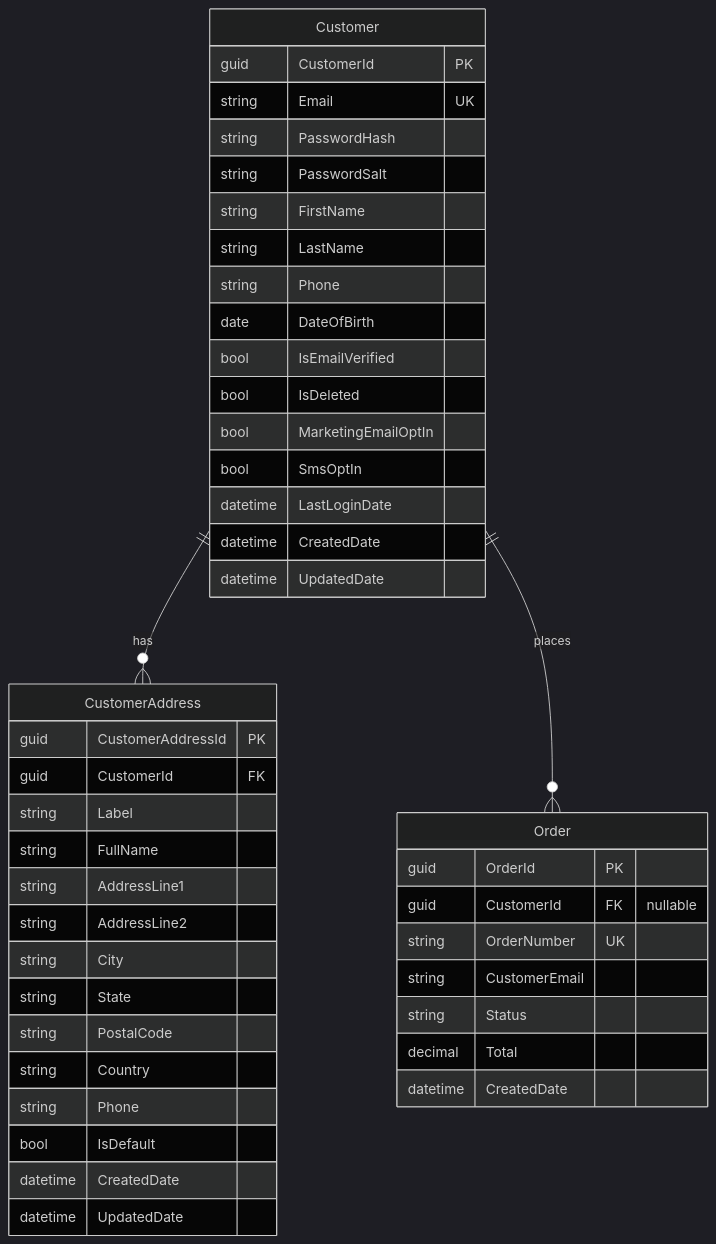
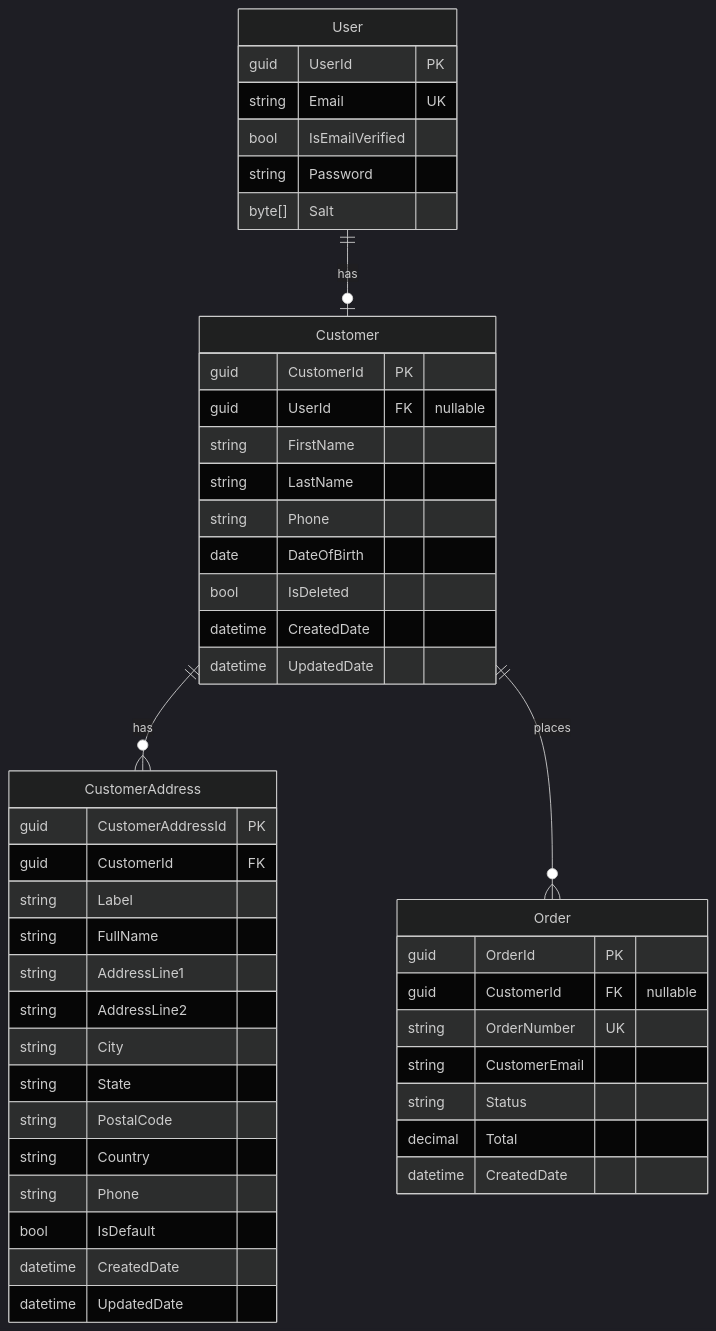
Before and after one commit to QuinntyneBrown/Vult: diagram 11 of 14 in docs/specs/customer/02-use-case-diagrams.md, drawn with Mermaid (dark theme). The commit also changed other lines of this file and 4 other files, not shown here.

````diff
--- a/docs/specs/customer/02-use-case-diagrams.md
+++ b/docs/specs/customer/02-use-case-diagrams.md
@@ -543,50 +342,53 @@
 ```mermaid
 erDiagram
+    User ||--o| Customer : has
     Customer ||--o{ CustomerAddress : has
     Customer ||--o{ Order : places
 
+    User {
+        guid UserId PK
+        string Email UK
+        bool IsEmailVerified
+        string Password
+        byte[] Salt
+    }
+
     Customer {
         guid CustomerId PK
-        string Email UK
-        string PasswordHash
-        string PasswordSalt
+        guid UserId FK "nullable"
         string FirstName
         string LastName
         string Phone
         date DateOfBirth
-        bool IsEmailVerified
         bool IsDeleted
-        bool MarketingEmailOptIn
-        bool SmsOptIn
-        datetime LastLoginDate
         datetime CreatedDate
         datetime UpdatedDate
     }
 
     CustomerAddress {
         guid CustomerAddressId PK
         guid CustomerId FK
         string Label
         string FullName
         string AddressLine1
         string AddressLine2
         string City
         string State
         string PostalCode
         string Country
         string Phone
         bool IsDefault
         datetime CreatedDate
         datetime UpdatedDate
     }
 
     Order {
         guid OrderId PK
         guid CustomerId FK "nullable"
         string OrderNumber UK
         string CustomerEmail
         string Status
         decimal Total
         datetime CreatedDate
     }
 ```
````
